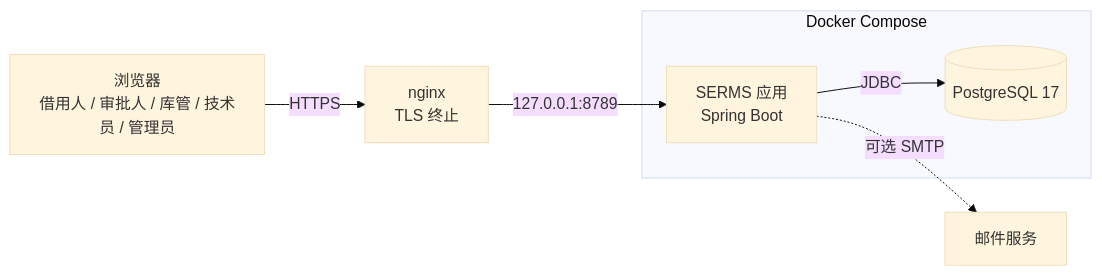
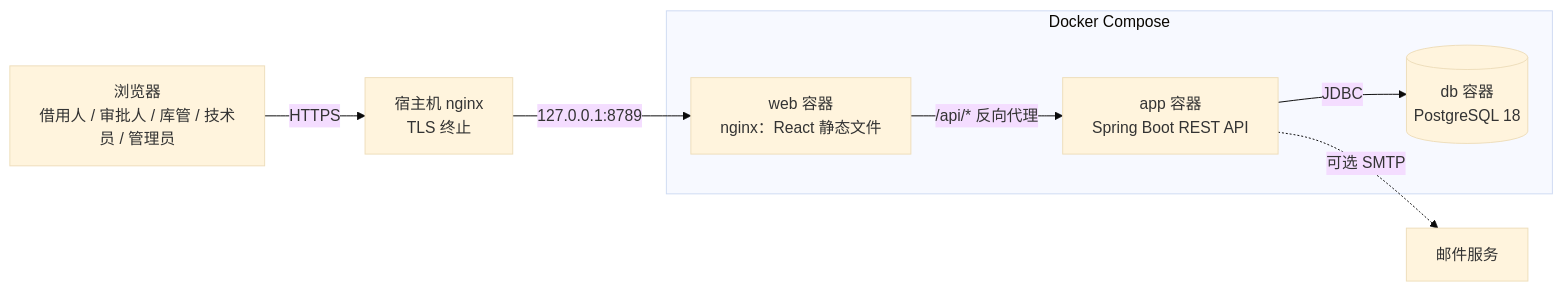
The first of 2 diagrams in docs/tech-stack.md (YukiOvOb/AGFP), drawn with Mermaid (base theme) before and after one commit. The commit also changed other lines of this file and 1 other file, not shown here.

First line of the commit message:
docs: 前端改为 React + TypeScript + Vite，数据库统一 PostgreSQL 18，列出全部技术栈 (#6)

````diff
--- a/docs/tech-stack.md
+++ b/docs/tech-stack.md
@@ -52,11 +100,13 @@
 ```mermaid
 flowchart LR
-  U[浏览器<br/>借用人 / 审批人 / 库管 / 技术员 / 管理员] -- HTTPS --> N[nginx<br/>TLS 终止]
-  N -- 127.0.0.1:8789 --> A[SERMS 应用<br/>Spring Boot]
-  A -- JDBC --> D[(PostgreSQL 17)]
+  U[浏览器<br/>借用人 / 审批人 / 库管 / 技术员 / 管理员] -- HTTPS --> H[宿主机 nginx<br/>TLS 终止]
+  H -- 127.0.0.1:8789 --> W[web 容器<br/>nginx：React 静态文件]
+  W -- /api/* 反向代理 --> A[app 容器<br/>Spring Boot REST API]
+  A -- JDBC --> D[(db 容器<br/>PostgreSQL 18)]
   A -. 可选 SMTP .-> M[邮件服务]
   subgraph Docker Compose
+    W
     A
     D
   end
 ```
````
